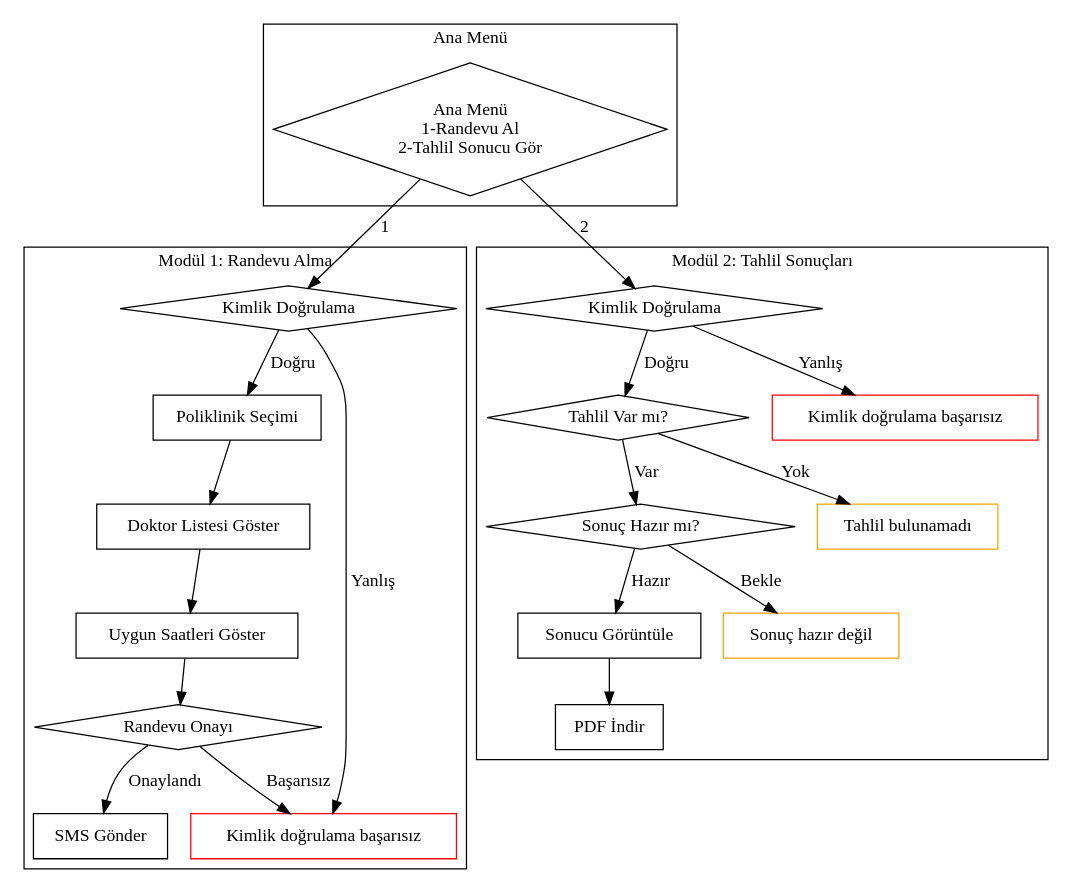
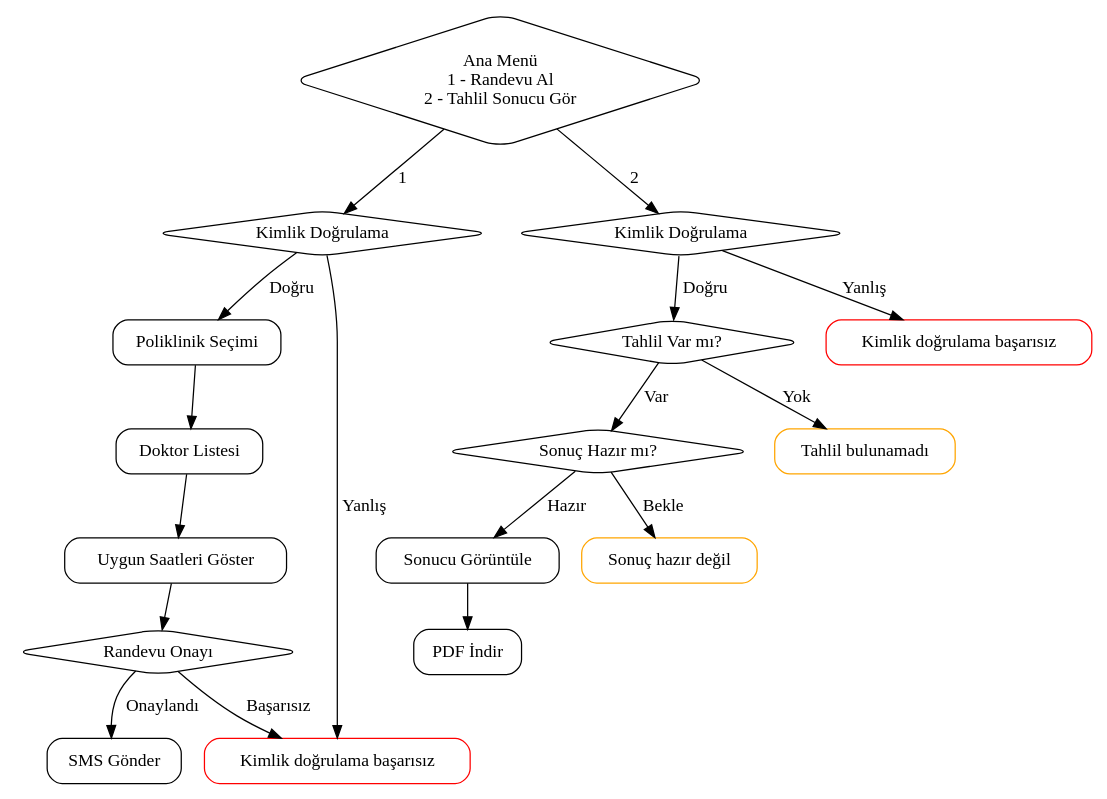
One commit to FiratUniversity-FerhatUcarsLAB/hafta-02-flowcharts-yusuftugradeveci23 changed the diagram in TASK-3/flowchart.dot. Above: the diagram before and after it, drawn with Graphviz. The commit also changed other lines of this file, not shown here.

```diff
--- a/TASK-3/flowchart.dot
+++ b/TASK-3/flowchart.dot
@@ -1,54 +1,48 @@
 digraph HastaneSistemi {
-    rankdir=TB;
-    node [shape=box];
+    rankdir=TB; // Üstten alta akış
+    node [shape=box, style=rounded];
 
-    subgraph cluster_menu {
-        label="Ana Menü";
-        Menu [label="Ana Menü\n1-Randevu Al\n2-Tahlil Sonucu Gör", shape=diamond];
-    }
+    // Ana Menü
+    Menu [label="Ana Menü\n1 - Randevu Al\n2 - Tahlil Sonucu Gör", shape=diamond];
 
-    subgraph cluster_randevu {
-        label="Modül 1: Randevu Alma";
-        KimlikR [label="Kimlik Doğrulama", shape=diamond];
-        Poliklinik [label="Poliklinik Seçimi"];
-        Doktor [label="Doktor Listesi Göster"];
-        Saatler [label="Uygun Saatleri Göster"];
-        Onay [label="Randevu Onayı", shape=diamond];
-        SMS [label="SMS Gönder"];
-        HataR [label="Kimlik doğrulama başarısız", shape=box, color=red];
-    }
+    // Randevu Modülü
+    KimlikR [label="Kimlik Doğrulama", shape=diamond];
+    Poliklinik [label="Poliklinik Seçimi"];
+    Doktor [label="Doktor Listesi"];
+    Saatler [label="Uygun Saatleri Göster"];
+    Onay [label="Randevu Onayı", shape=diamond];
+    SMS [label="SMS Gönder"];
+    HataR [label="Kimlik doğrulama başarısız", color=red];
 
-    subgraph cluster_tahlil {
-        label="Modül 2: Tahlil Sonuçları";
-        KimlikT [label="Kimlik Doğrulama", shape=diamond];
-        TahlilVar [label="Tahlil Var mı?", shape=diamond];
-        SonucHazir [label="Sonuç Hazır mı?", shape=diamond];
-        Goruntule [label="Sonucu Görüntüle"];
-        PDF [label="PDF İndir"];
-        HataT [label="Kimlik doğrulama başarısız", shape=box, color=red];
-        Bekle [label="Sonuç hazır değil", shape=box, color=orange];
-        Yok [label="Tahlil bulunamadı", shape=box, color=orange];
-    }
+    // Tahlil Modülü
+    KimlikT [label="Kimlik Doğrulama", shape=diamond];
+    TahlilVar [label="Tahlil Var mı?", shape=diamond];
+    SonucHazir [label="Sonuç Hazır mı?", shape=diamond];
+    Goruntule [label="Sonucu Görüntüle"];
+    PDF [label="PDF İndir"];
+    Bekle [label="Sonuç hazır değil", color=orange];
+    Yok [label="Tahlil bulunamadı", color=orange];
+    HataT [label="Kimlik doğrulama başarısız", color=red];
 
-    // Ana Menü bağlantıları
+    // Ana Menü -> Modüller
     Menu -> KimlikR [label="1"];
     Menu -> KimlikT [label="2"];
 
-    // Randevu modülü bağlantıları
+    // Randevu Modülü Akışı
     KimlikR -> Poliklinik [label="Doğru"];
     KimlikR -> HataR [label="Yanlış"];
     Poliklinik -> Doktor;
     Doktor -> Saatler;
     Saatler -> Onay;
     Onay -> SMS [label="Onaylandı"];
     Onay -> HataR [label="Başarısız"];
 
-    // Tahlil modülü bağlantıları
+    // Tahlil Modülü Akışı
     KimlikT -> TahlilVar [label="Doğru"];
     KimlikT -> HataT [label="Yanlış"];
     TahlilVar -> SonucHazir [label="Var"];
     TahlilVar -> Yok [label="Yok"];
     SonucHazir -> Goruntule [label="Hazır"];
     SonucHazir -> Bekle [label="Bekle"];
     Goruntule -> PDF;
 }
```
